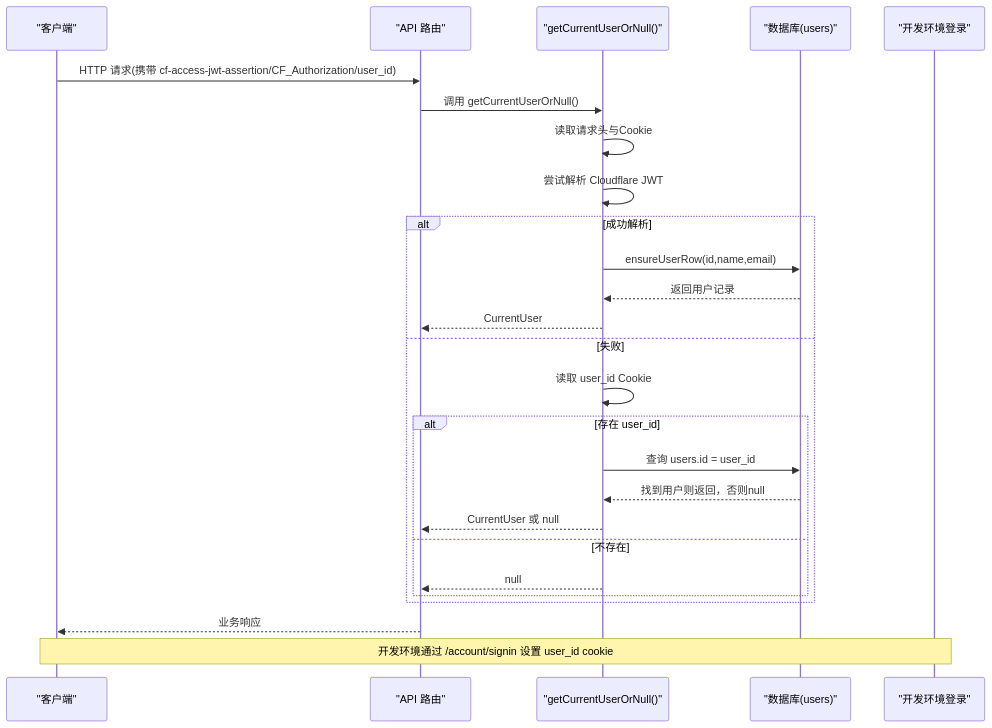
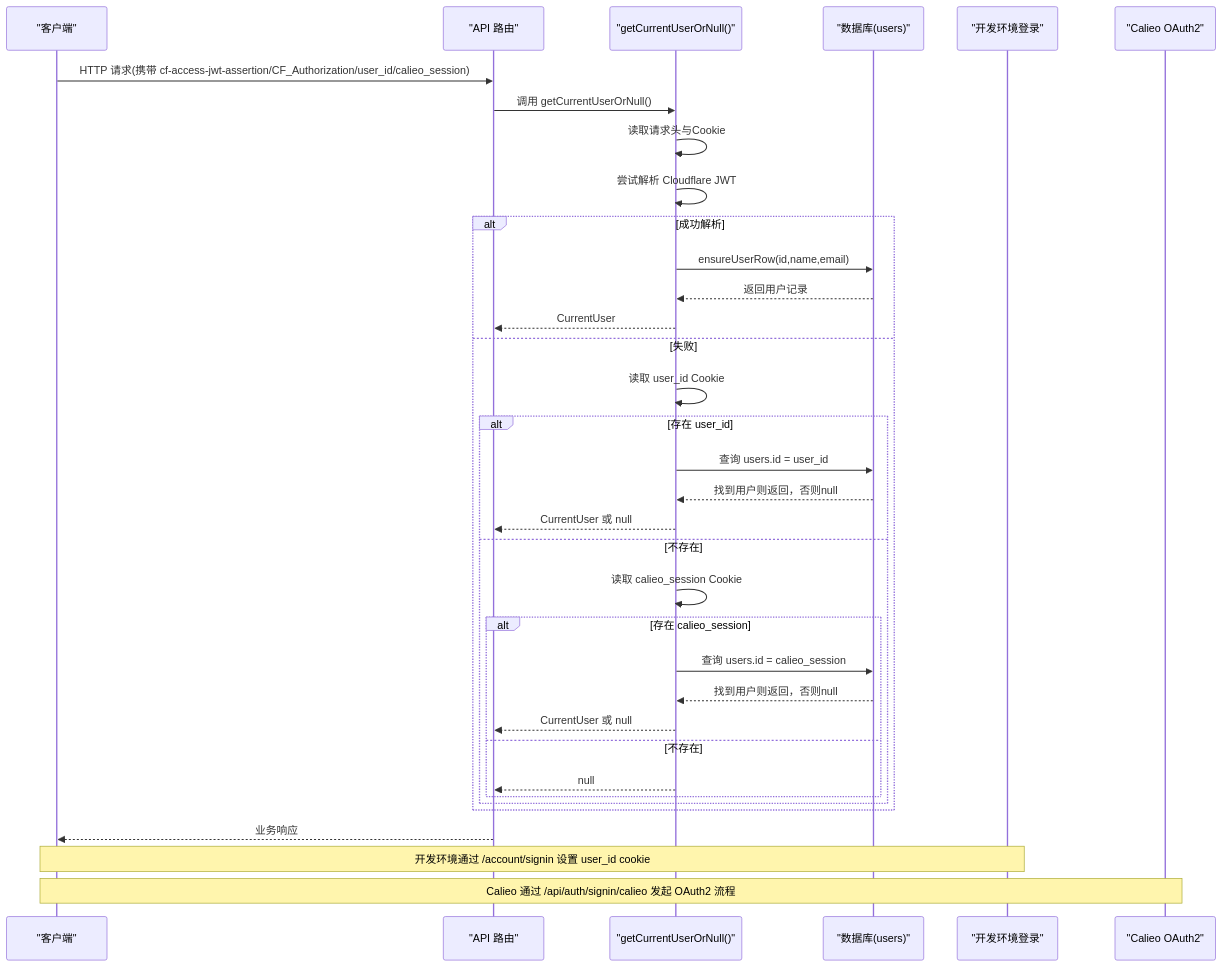
The second of 11 diagrams in .qoder/repowiki/zh/content/架构设计/认证架构设计/多源认证机制.md (pnnh/weable), drawn with Mermaid before and after one commit. The commit also changed other lines of this file and 187 other files, not shown here.

````diff
--- a/.qoder/repowiki/zh/content/架构设计/认证架构设计/多源认证机制.md
+++ b/.qoder/repowiki/zh/content/架构设计/认证架构设计/多源认证机制.md
@@ -105,28 +131,37 @@
 ```mermaid
 sequenceDiagram
 participant Client as "客户端"
 participant Route as "API 路由"
 participant Auth as "getCurrentUserOrNull()"
 participant DB as "数据库(users)"
 participant DevLogin as "开发环境登录"
-Client->>Route : HTTP 请求(携带 cf-access-jwt-assertion/CF_Authorization/user_id)
+participant CalieoOAuth as "Calieo OAuth2"
+Client->>Route : HTTP 请求(携带 cf-access-jwt-assertion/CF_Authorization/user_id/calieo_session)
 Route->>Auth : 调用 getCurrentUserOrNull()
 Auth->>Auth : 读取请求头与Cookie
 Auth->>Auth : 尝试解析 Cloudflare JWT
 alt 成功解析
 Auth->>DB : ensureUserRow(id,name,email)
 DB-->>Auth : 返回用户记录
 Auth-->>Route : CurrentUser
 else 失败
 Auth->>Auth : 读取 user_id Cookie
 alt 存在 user_id
 Auth->>DB : 查询 users.id = user_id
 DB-->>Auth : 找到用户则返回，否则null
 Auth-->>Route : CurrentUser 或 null
 else 不存在
+Auth->>Auth : 读取 calieo_session Cookie
+alt 存在 calieo_session
+Auth->>DB : 查询 users.id = calieo_session
+DB-->>Auth : 找到用户则返回，否则null
+Auth-->>Route : CurrentUser 或 null
+else 不存在
 Auth-->>Route : null
+end
 end
 end
 Route-->>Client : 业务响应
 Note over DevLogin,Client : 开发环境通过 /account/signin 设置 user_id cookie
+Note over CalieoOAuth,Client : Calieo 通过 /api/auth/signin/calieo 发起 OAuth2 流程
 ```
````
